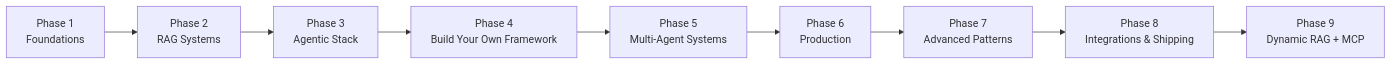
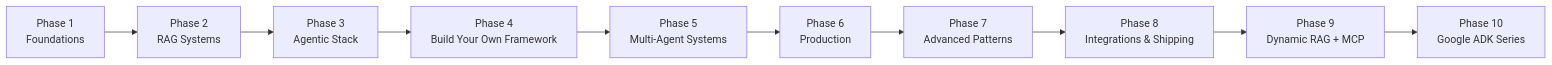
One commit to bipinhcs11/Agentic-AI-Learning-Roadmap changed the diagram in docs/roadmap-overview.md. Above: the diagram before and after it, drawn with Mermaid. The commit also changed other lines of this file and 10 other files, not shown here.

First line of the commit message:
Add Phase 10 Google ADK docs and update onboarding/architecture assets

````diff
--- a/docs/roadmap-overview.md
+++ b/docs/roadmap-overview.md
@@ -8,11 +8,12 @@
 ```mermaid
 flowchart LR
     P1["Phase 1<br/>Foundations"] --> P2["Phase 2<br/>RAG Systems"]
     P2 --> P3["Phase 3<br/>Agentic Stack"]
     P3 --> P4["Phase 4<br/>Build Your Own Framework"]
     P4 --> P5["Phase 5<br/>Multi-Agent Systems"]
     P5 --> P6["Phase 6<br/>Production"]
     P6 --> P7["Phase 7<br/>Advanced Patterns"]
     P7 --> P8["Phase 8<br/>Integrations & Shipping"]
     P8 --> P9["Phase 9<br/>Dynamic RAG + MCP"]
+    P9 --> P10["Phase 10<br/>Google ADK Series"]
 ```
````
